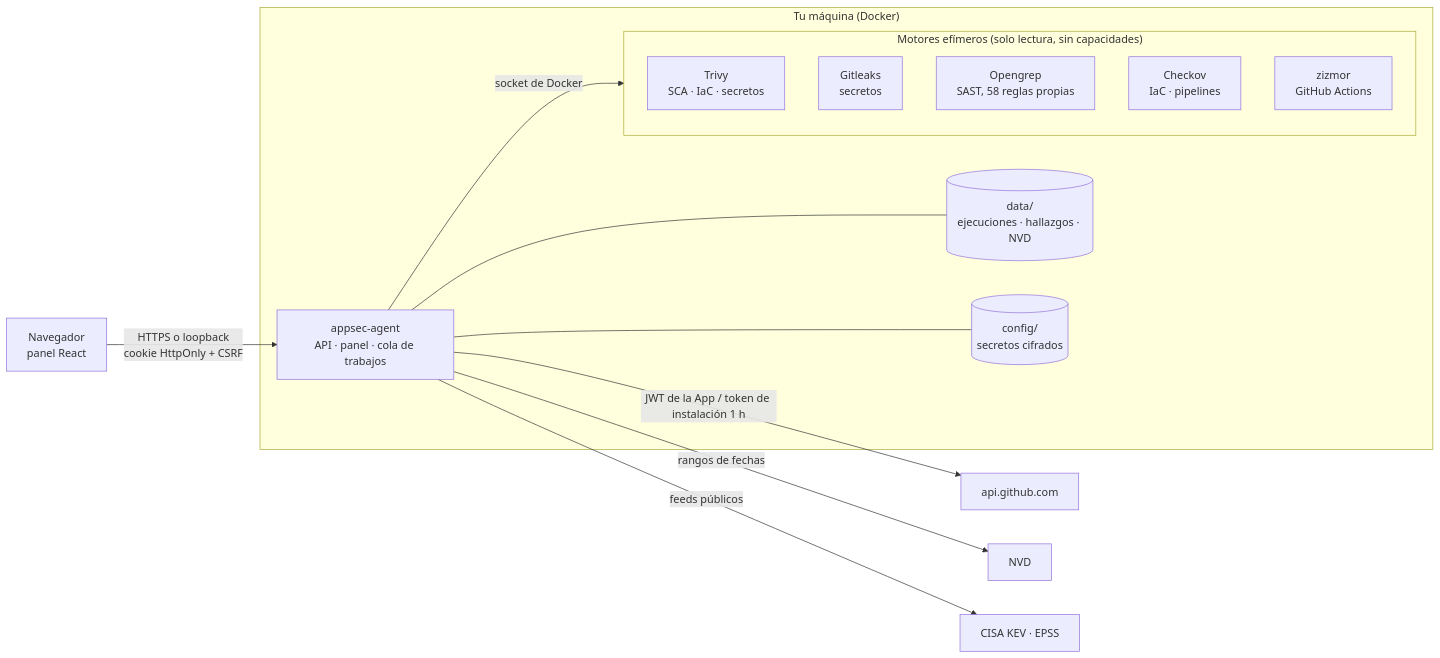
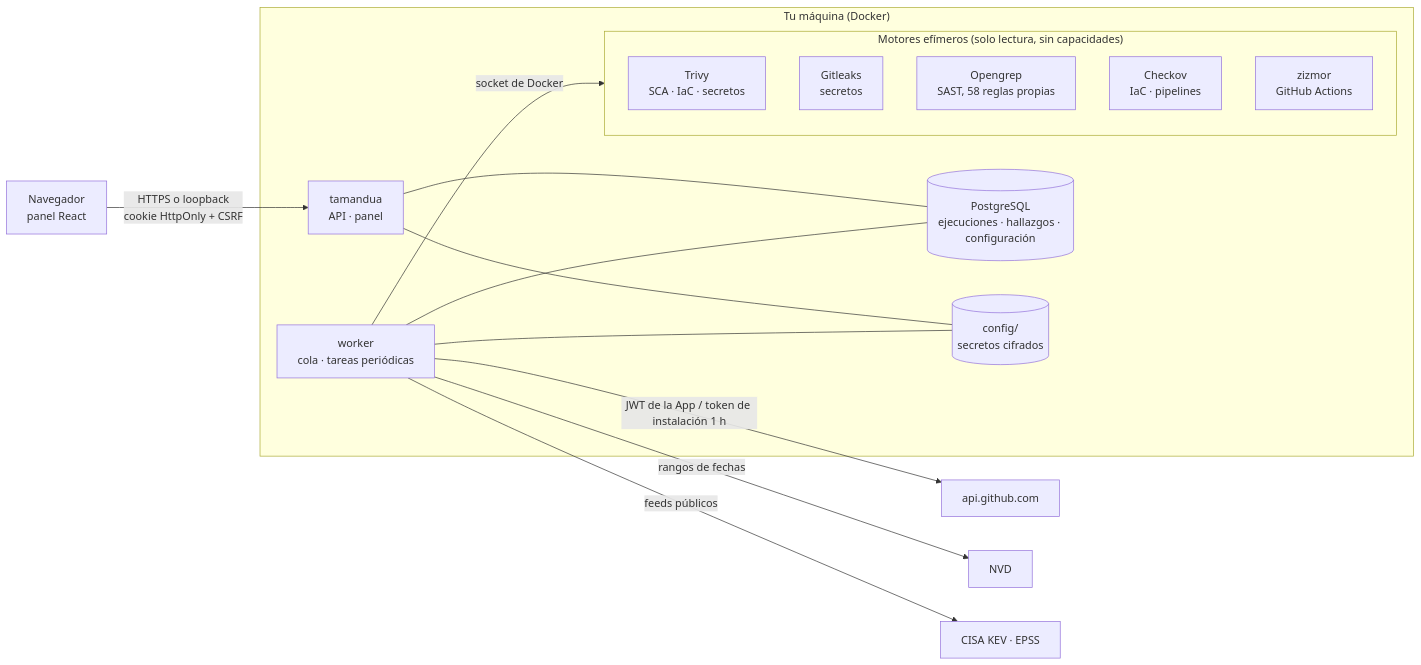
The diagram in docs/arquitectura.md (BrayansStivens/Tamandua-AppSec), drawn with Mermaid before and after one commit. The commit also changed other lines of this file and 40 other files, not shown here.

````diff
--- a/docs/arquitectura.md
+++ b/docs/arquitectura.md
@@ -5,24 +8,27 @@
 ```mermaid
 flowchart LR
-  browser["Navegador<br/>panel React"] -- "HTTPS o loopback<br/>cookie HttpOnly + CSRF" --> app
+  browser["Navegador<br/>panel React"] -- "HTTPS o loopback<br/>cookie HttpOnly + CSRF" --> api
 
   subgraph host["Tu máquina (Docker)"]
-    app["appsec-agent<br/>API · panel · cola de trabajos"]
-    app -- "socket de Docker" --> engines
+    api["tamandua<br/>API · panel"]
+    worker["worker<br/>cola · tareas periódicas"]
+    db[("PostgreSQL<br/>ejecuciones · hallazgos · configuración")]
+    api --- db
+    worker --- db
+    worker -- "socket de Docker" --> engines
     subgraph engines["Motores efímeros (solo lectura, sin capacidades)"]
       trivy["Trivy<br/>SCA · IaC · secretos"]
       gitleaks["Gitleaks<br/>secretos"]
       opengrep["Opengrep<br/>SAST, 58 reglas propias"]
       checkov["Checkov<br/>IaC · pipelines"]
       zizmor["zizmor<br/>GitHub Actions"]
     end
-    data[("data/<br/>ejecuciones · hallazgos · NVD")]
     config[("config/<br/>secretos cifrados")]
-    app --- data
-    app --- config
+    api --- config
+    worker --- config
   end
 
-  app -- "JWT de la App / token de instalación 1 h" --> github["api.github.com"]
-  app -- "rangos de fechas" --> nvd["NVD"]
-  app -- "feeds públicos" --> feeds["CISA KEV · EPSS"]
+  worker -- "JWT de la App / token de instalación 1 h" --> github["api.github.com"]
+  worker -- "rangos de fechas" --> nvd["NVD"]
+  worker -- "feeds públicos" --> feeds["CISA KEV · EPSS"]
 ```
````
